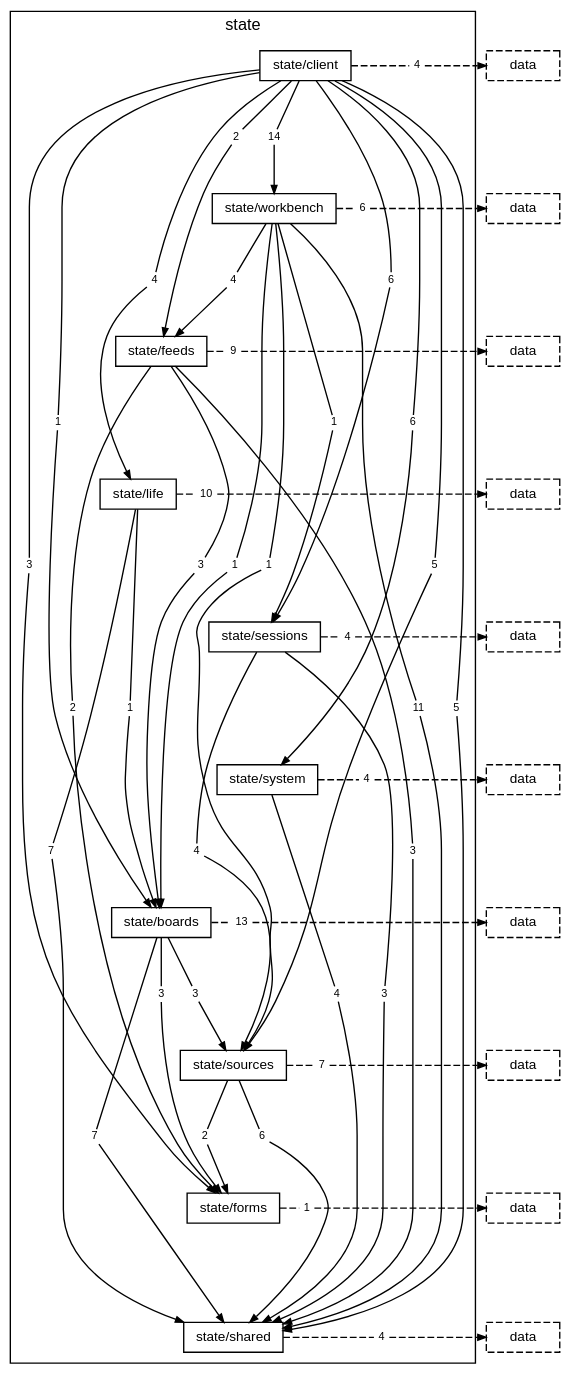
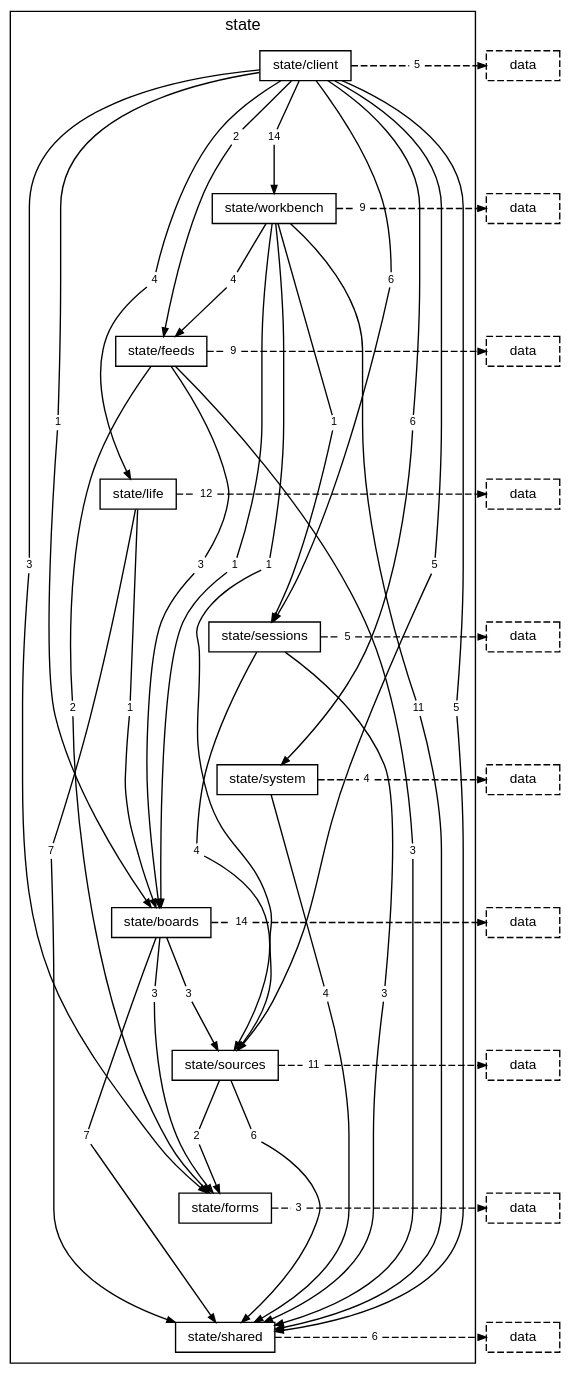
The diagram in docs/diagrams/layer-state.dot (TheAxeC/oculus), drawn with Graphviz before and after one commit. The commit also changed 101 other files, not shown here.

```diff
--- a/docs/diagrams/layer-state.dot
+++ b/docs/diagrams/layer-state.dot
@@ -23,34 +23,34 @@
         "folder state/client to folder state/sources" [label="5", shape=box, color="transparent", fontsize=8, width=0, height=0, margin="0.04,0.02"];
         "folder state/client to folder state/system" [label="6", shape=box, color="transparent", fontsize=8, width=0, height=0, margin="0.04,0.02"];
         "folder state/client to folder state/workbench" [label="14", shape=box, color="transparent", fontsize=8, width=0, height=0, margin="0.04,0.02"];
-        "folder state/client to layer data" [label="4", shape=box, color="transparent", fontsize=8, width=0, height=0, margin="0.04,0.02"];
+        "folder state/client to layer data" [label="5", shape=box, color="transparent", fontsize=8, width=0, height=0, margin="0.04,0.02"];
         "folder state/workbench to folder state/boards" [label="1", shape=box, color="transparent", fontsize=8, width=0, height=0, margin="0.04,0.02"];
         "folder state/workbench to folder state/feeds" [label="4", shape=box, color="transparent", fontsize=8, width=0, height=0, margin="0.04,0.02"];
         "folder state/workbench to folder state/sessions" [label="1", shape=box, color="transparent", fontsize=8, width=0, height=0, margin="0.04,0.02"];
         "folder state/workbench to folder state/shared" [label="11", shape=box, color="transparent", fontsize=8, width=0, height=0, margin="0.04,0.02"];
         "folder state/workbench to folder state/sources" [label="1", shape=box, color="transparent", fontsize=8, width=0, height=0, margin="0.04,0.02"];
-        "folder state/workbench to layer data" [label="6", shape=box, color="transparent", fontsize=8, width=0, height=0, margin="0.04,0.02"];
+        "folder state/workbench to layer data" [label="9", shape=box, color="transparent", fontsize=8, width=0, height=0, margin="0.04,0.02"];
         "folder state/feeds to folder state/boards" [label="3", shape=box, color="transparent", fontsize=8, width=0, height=0, margin="0.04,0.02"];
         "folder state/feeds to folder state/forms" [label="2", shape=box, color="transparent", fontsize=8, width=0, height=0, margin="0.04,0.02"];
         "folder state/feeds to folder state/shared" [label="3", shape=box, color="transparent", fontsize=8, width=0, height=0, margin="0.04,0.02"];
         "folder state/feeds to layer data" [label="9", shape=box, color="transparent", fontsize=8, width=0, height=0, margin="0.04,0.02"];
         "folder state/life to folder state/boards" [label="1", shape=box, color="transparent", fontsize=8, width=0, height=0, margin="0.04,0.02"];
         "folder state/life to folder state/shared" [label="7", shape=box, color="transparent", fontsize=8, width=0, height=0, margin="0.04,0.02"];
-        "folder state/life to layer data" [label="10", shape=box, color="transparent", fontsize=8, width=0, height=0, margin="0.04,0.02"];
+        "folder state/life to layer data" [label="12", shape=box, color="transparent", fontsize=8, width=0, height=0, margin="0.04,0.02"];
         "folder state/sessions to folder state/shared" [label="3", shape=box, color="transparent", fontsize=8, width=0, height=0, margin="0.04,0.02"];
         "folder state/sessions to folder state/sources" [label="4", shape=box, color="transparent", fontsize=8, width=0, height=0, margin="0.04,0.02"];
-        "folder state/sessions to layer data" [label="4", shape=box, color="transparent", fontsize=8, width=0, height=0, margin="0.04,0.02"];
+        "folder state/sessions to layer data" [label="5", shape=box, color="transparent", fontsize=8, width=0, height=0, margin="0.04,0.02"];
         "folder state/system to folder state/shared" [label="4", shape=box, color="transparent", fontsize=8, width=0, height=0, margin="0.04,0.02"];
         "folder state/system to layer data" [label="4", shape=box, color="transparent", fontsize=8, width=0, height=0, margin="0.04,0.02"];
         "folder state/boards to folder state/forms" [label="3", shape=box, color="transparent", fontsize=8, width=0, height=0, margin="0.04,0.02"];
         "folder state/boards to folder state/shared" [label="7", shape=box, color="transparent", fontsize=8, width=0, height=0, margin="0.04,0.02"];
         "folder state/boards to folder state/sources" [label="3", shape=box, color="transparent", fontsize=8, width=0, height=0, margin="0.04,0.02"];
-        "folder state/boards to layer data" [label="13", shape=box, color="transparent", fontsize=8, width=0, height=0, margin="0.04,0.02"];
+        "folder state/boards to layer data" [label="14", shape=box, color="transparent", fontsize=8, width=0, height=0, margin="0.04,0.02"];
         "folder state/sources to folder state/forms" [label="2", shape=box, color="transparent", fontsize=8, width=0, height=0, margin="0.04,0.02"];
         "folder state/sources to folder state/shared" [label="6", shape=box, color="transparent", fontsize=8, width=0, height=0, margin="0.04,0.02"];
-        "folder state/sources to layer data" [label="7", shape=box, color="transparent", fontsize=8, width=0, height=0, margin="0.04,0.02"];
-        "folder state/forms to layer data" [label="1", shape=box, color="transparent", fontsize=8, width=0, height=0, margin="0.04,0.02"];
-        "folder state/shared to layer data" [label="4", shape=box, color="transparent", fontsize=8, width=0, height=0, margin="0.04,0.02"];
+        "folder state/sources to layer data" [label="11", shape=box, color="transparent", fontsize=8, width=0, height=0, margin="0.04,0.02"];
+        "folder state/forms to layer data" [label="3", shape=box, color="transparent", fontsize=8, width=0, height=0, margin="0.04,0.02"];
+        "folder state/shared to layer data" [label="6", shape=box, color="transparent", fontsize=8, width=0, height=0, margin="0.04,0.02"];
     }
     "layer data from folder state/client" [label="data", style=dashed];
     "layer data from folder state/workbench" [label="data", style=dashed];
```
